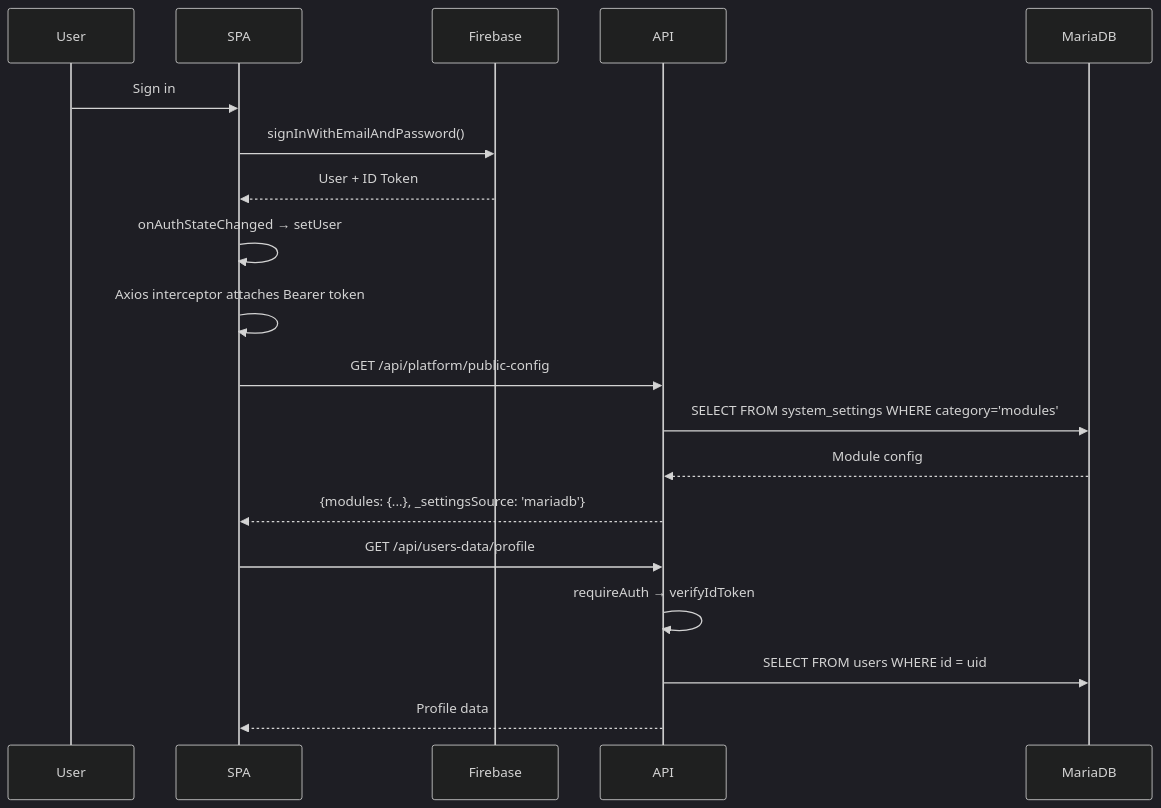
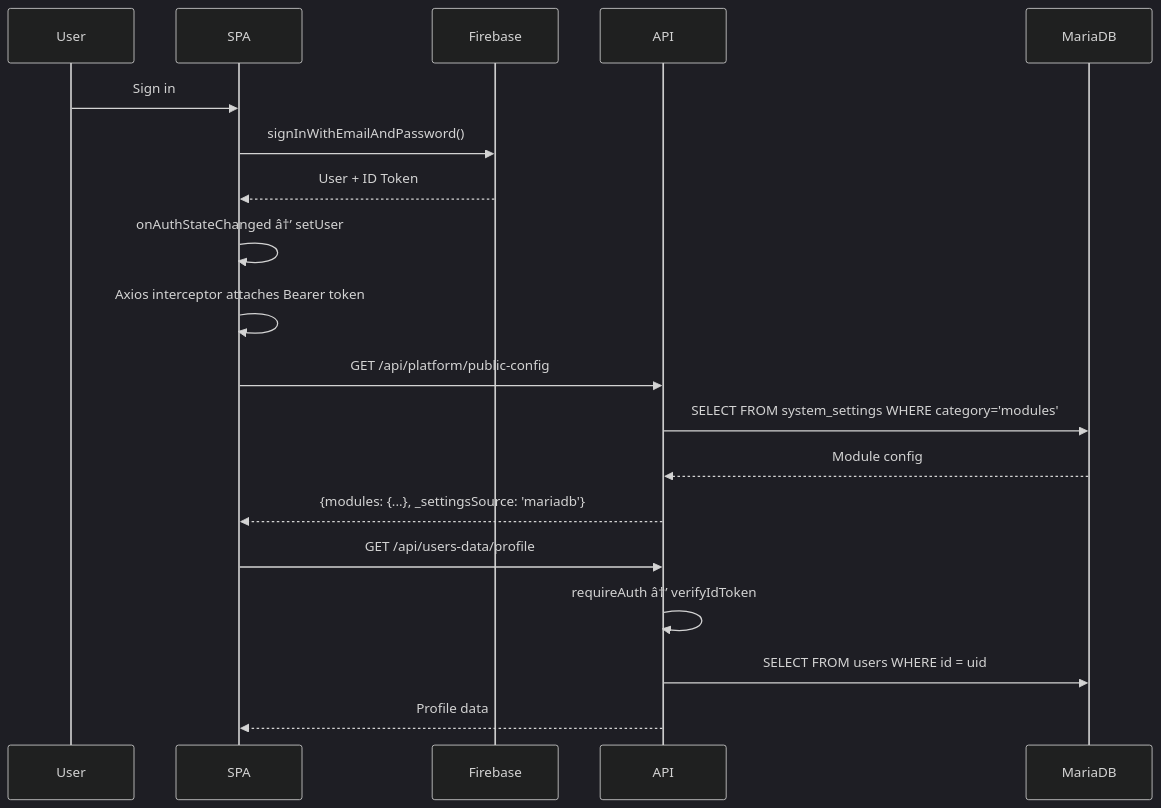
One commit to bhaskarbeyond-creator/ResumePilotAi changed diagram 15 of 18 in architecture-flowchart.md. Above: the diagram before and after it, drawn with Mermaid (dark theme). The commit also changed other lines of this file and 1 other file, not shown here.

````diff
--- a/architecture-flowchart.md
+++ b/architecture-flowchart.md
@@ -1641,24 +1641,24 @@
 ```mermaid
 sequenceDiagram
     participant User
     participant SPA
     participant Firebase
     participant API
     participant DB as MariaDB
 
     User->>SPA: Sign in
     SPA->>Firebase: signInWithEmailAndPassword()
     Firebase-->>SPA: User + ID Token
-    SPA->>SPA: onAuthStateChanged → setUser
+    SPA->>SPA: onAuthStateChanged â†’ setUser
     SPA->>SPA: Axios interceptor attaches Bearer token
 
     SPA->>API: GET /api/platform/public-config
     API->>DB: SELECT FROM system_settings WHERE category='modules'
     DB-->>API: Module config
     API-->>SPA: {modules: {...}, _settingsSource: 'mariadb'}
 
     SPA->>API: GET /api/users-data/profile
-    API->>API: requireAuth → verifyIdToken
+    API->>API: requireAuth â†’ verifyIdToken
     API->>DB: SELECT FROM users WHERE id = uid
     API-->>SPA: Profile data
 ```
````
